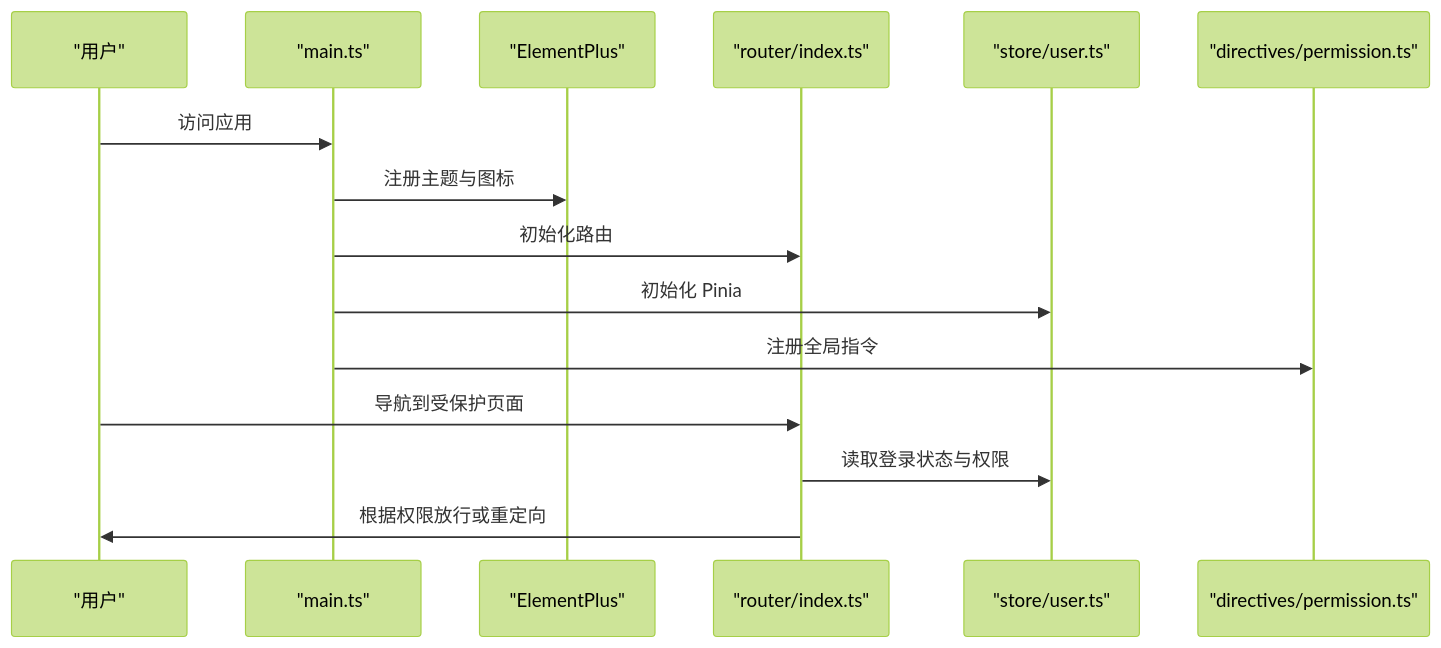
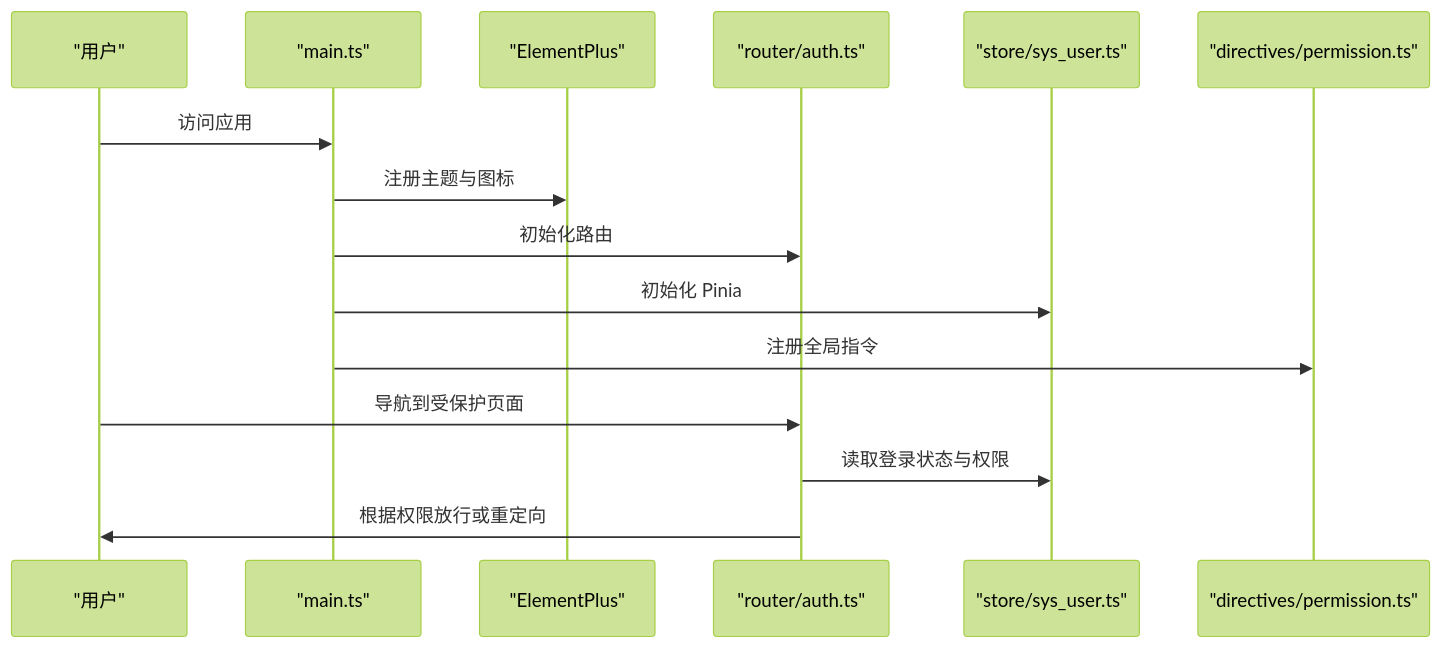
The second of 3 diagrams in .qoder/repowiki/zh/content/开发指南/代码规范.md (qiseyun/vue-ts-admin), drawn with Mermaid (forest theme) before and after one commit. The commit also changed other lines of this file and 42 other files, not shown here.

````diff
--- a/.qoder/repowiki/zh/content/开发指南/代码规范.md
+++ b/.qoder/repowiki/zh/content/开发指南/代码规范.md
@@ -104,17 +104,17 @@
 ```mermaid
 sequenceDiagram
 participant U as "用户"
 participant M as "main.ts"
 participant EP as "ElementPlus"
-participant R as "router/index.ts"
-participant S as "store/user.ts"
+participant R as "router/auth.ts"
+participant S as "store/sys_user.ts"
 participant P as "directives/permission.ts"
 U->>M : 访问应用
 M->>EP : 注册主题与图标
 M->>R : 初始化路由
 M->>S : 初始化 Pinia
 M->>P : 注册全局指令
 U->>R : 导航到受保护页面
 R->>S : 读取登录状态与权限
 R->>U : 根据权限放行或重定向
 ```
````
